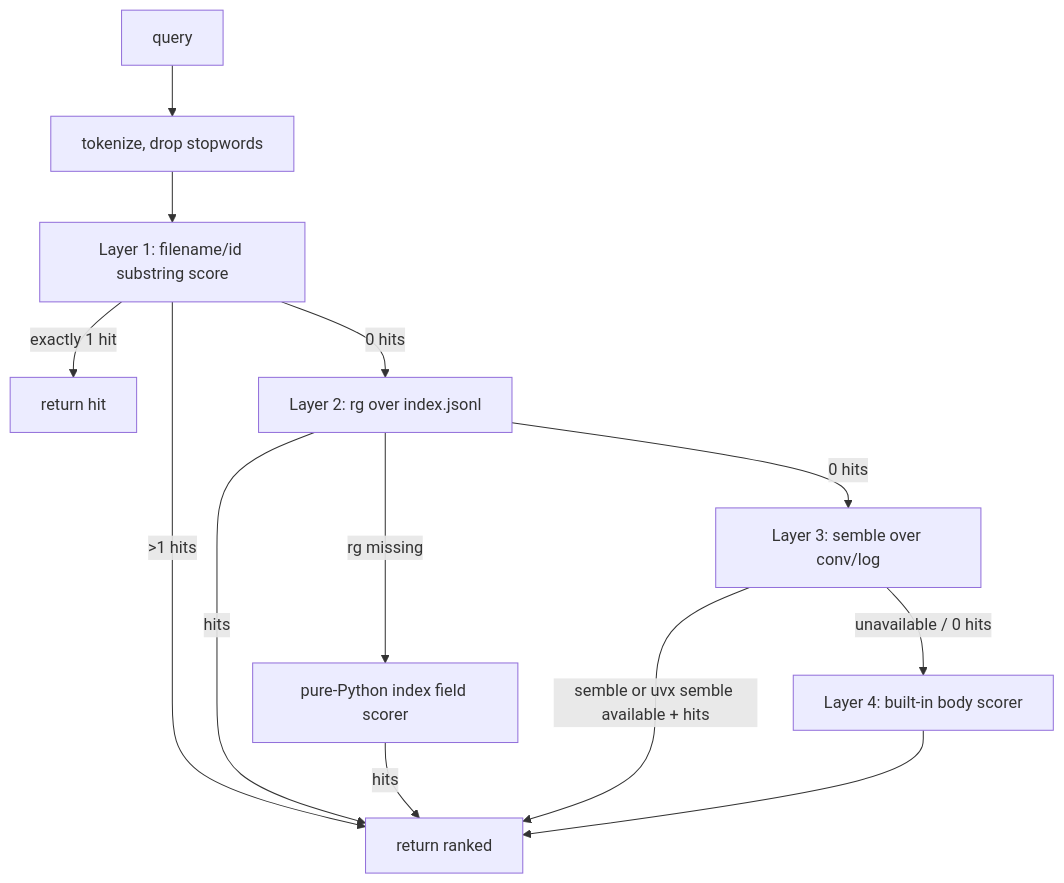
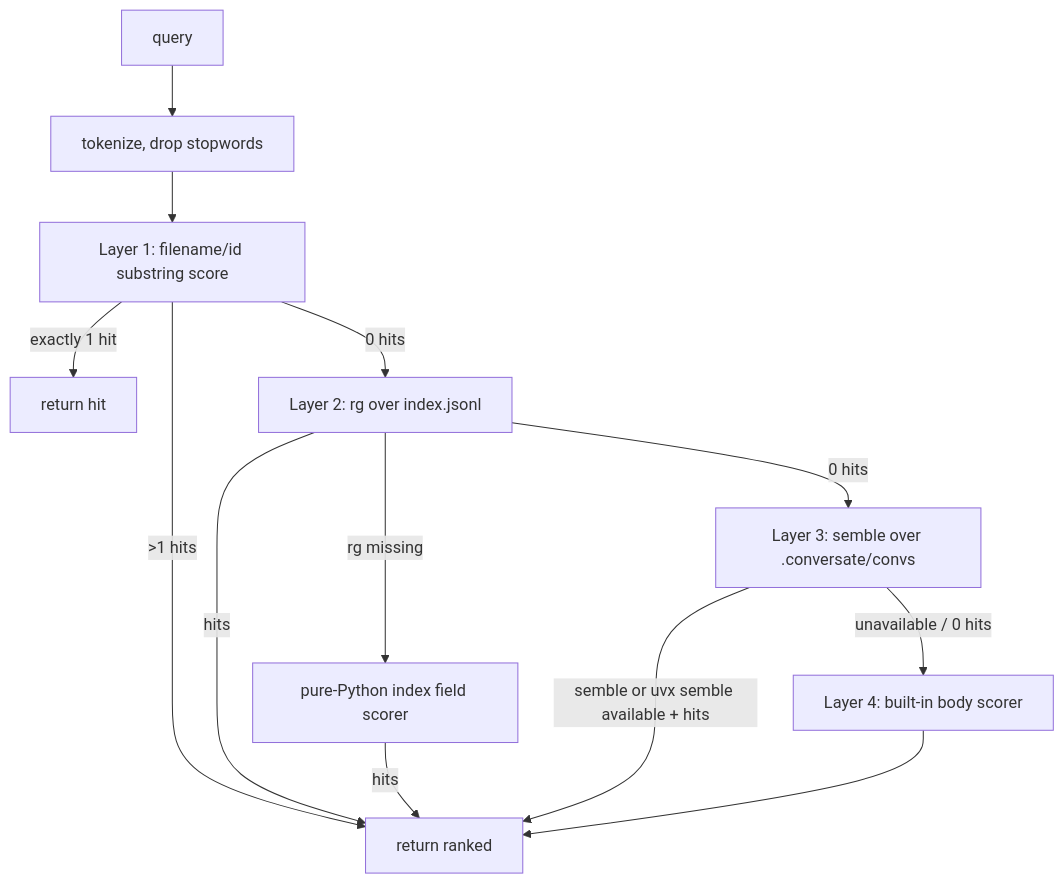
One commit to egoisth777/relay changed the fifth of 10 diagrams in .arca/space/conversate-sp/what/flows.md. Above: the diagram before and after it, drawn with Mermaid. The commit also changed other lines of this file and 34 other files, not shown here.

````diff
--- a/.arca/space/conversate-sp/what/flows.md
+++ b/.arca/space/conversate-sp/what/flows.md
@@ -109,15 +109,15 @@
 ```mermaid
 flowchart TD
     Q[query] --> T[tokenize, drop stopwords]
     T --> L1[Layer 1: filename/id substring score]
     L1 -->|exactly 1 hit| R[return hit]
     L1 -->|>1 hits| RL[return ranked]
     L1 -->|0 hits| L2[Layer 2: rg over index.jsonl]
     L2 -->|rg missing| L2b[pure-Python index field scorer]
     L2 -->|hits| RL
     L2b -->|hits| RL
-    L2 -->|0 hits| L3[Layer 3: semble over conv/log]
+    L2 -->|0 hits| L3[Layer 3: semble over .conversate/convs]
     L3 -->|semble or uvx semble available + hits| RL
     L3 -->|unavailable / 0 hits| L4[Layer 4: built-in body scorer]
     L4 --> RL
 ```
````
